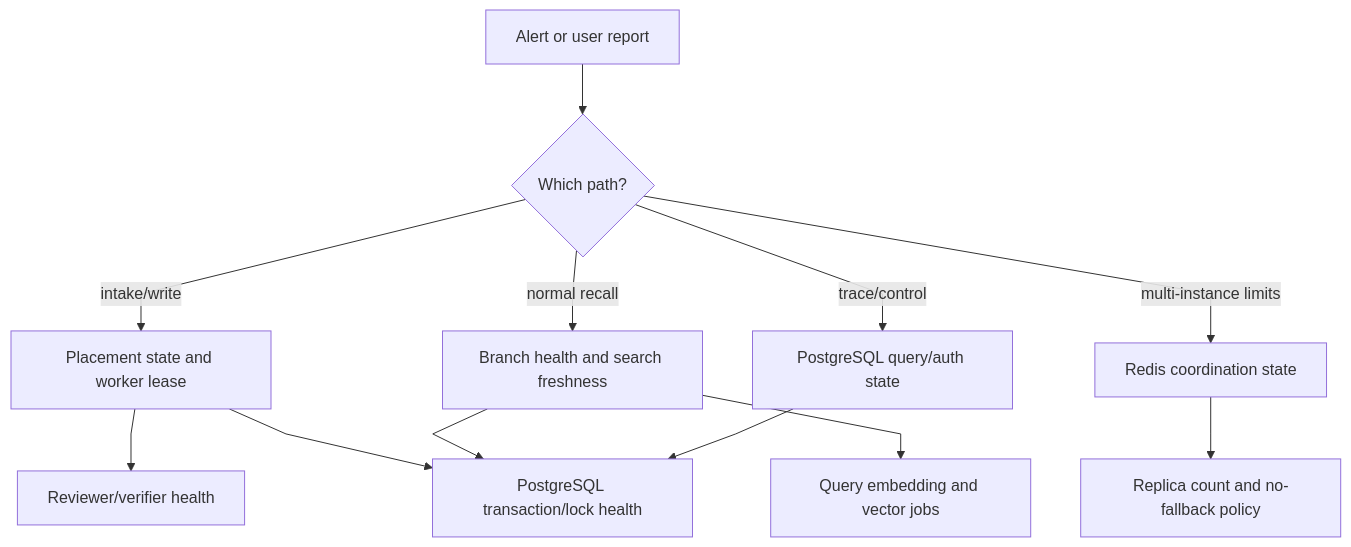
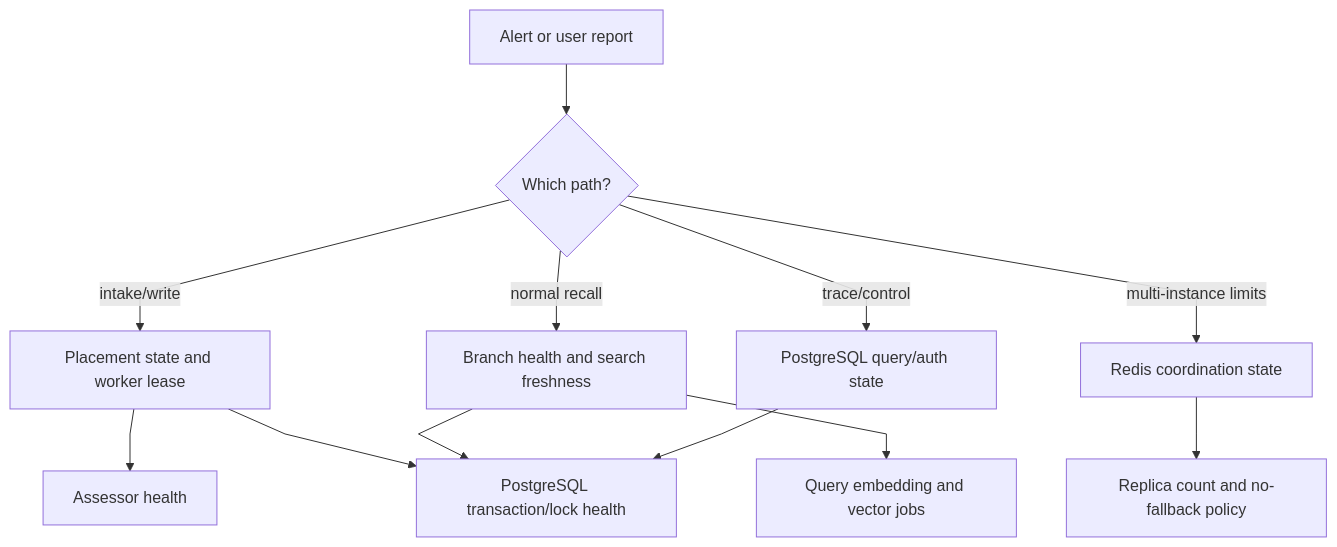
One commit to markhuangai/dense-mem changed the third of 10 diagrams in Operations-Runbook.md. Above: the diagram before and after it, drawn with Mermaid. The commit also changed other lines of this file and 24 other files, not shown here.

Commit message:
Document V2.4 one-call placement architecture

````diff
--- a/Operations-Runbook.md
+++ b/Operations-Runbook.md
@@ -118,15 +119,15 @@
 ```mermaid
 %%{init: {"flowchart": {"curve": "linear"}}}%%
 flowchart TD
   Alert["Alert or user report"] --> Scope{"Which path?"}
   Scope -- intake/write --> Placement["Placement state and worker lease"]
   Scope -- normal recall --> Search["Branch health and search freshness"]
   Scope -- trace/control --> PG["PostgreSQL query/auth state"]
   Scope -- multi-instance limits --> Redis["Redis coordination state"]
-  Placement --> Provider["Reviewer/verifier health"]
+  Placement --> Provider["Assessor health"]
   Placement --> Database["PostgreSQL transaction/lock health"]
   Search --> Embed["Query embedding and vector jobs"]
   Search --> Database
   PG --> Database
   Redis --> Topology["Replica count and no-fallback policy"]
 ```
````
